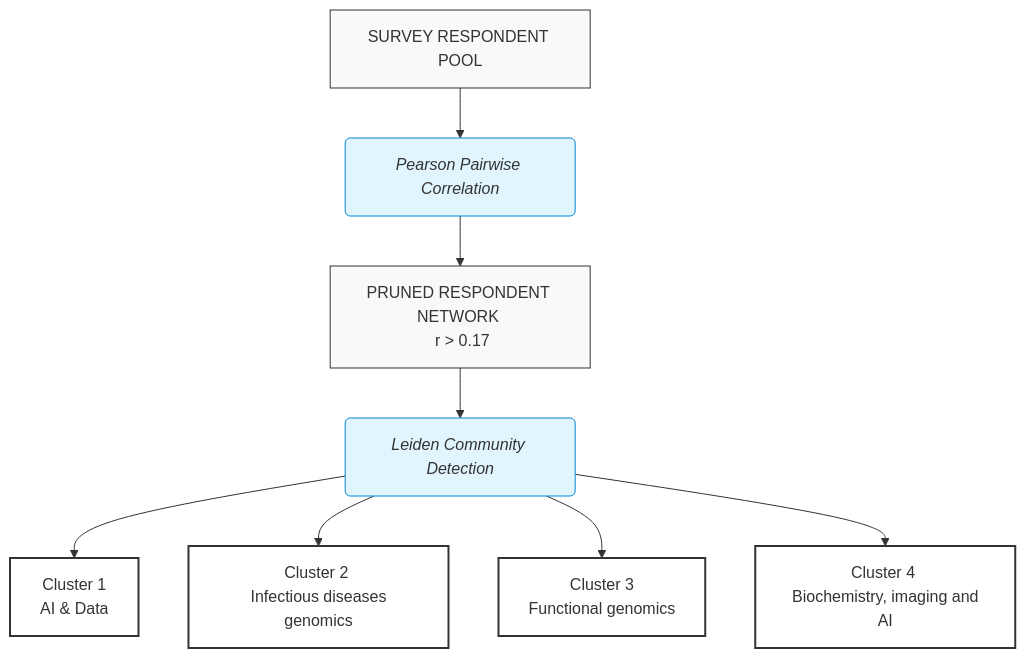
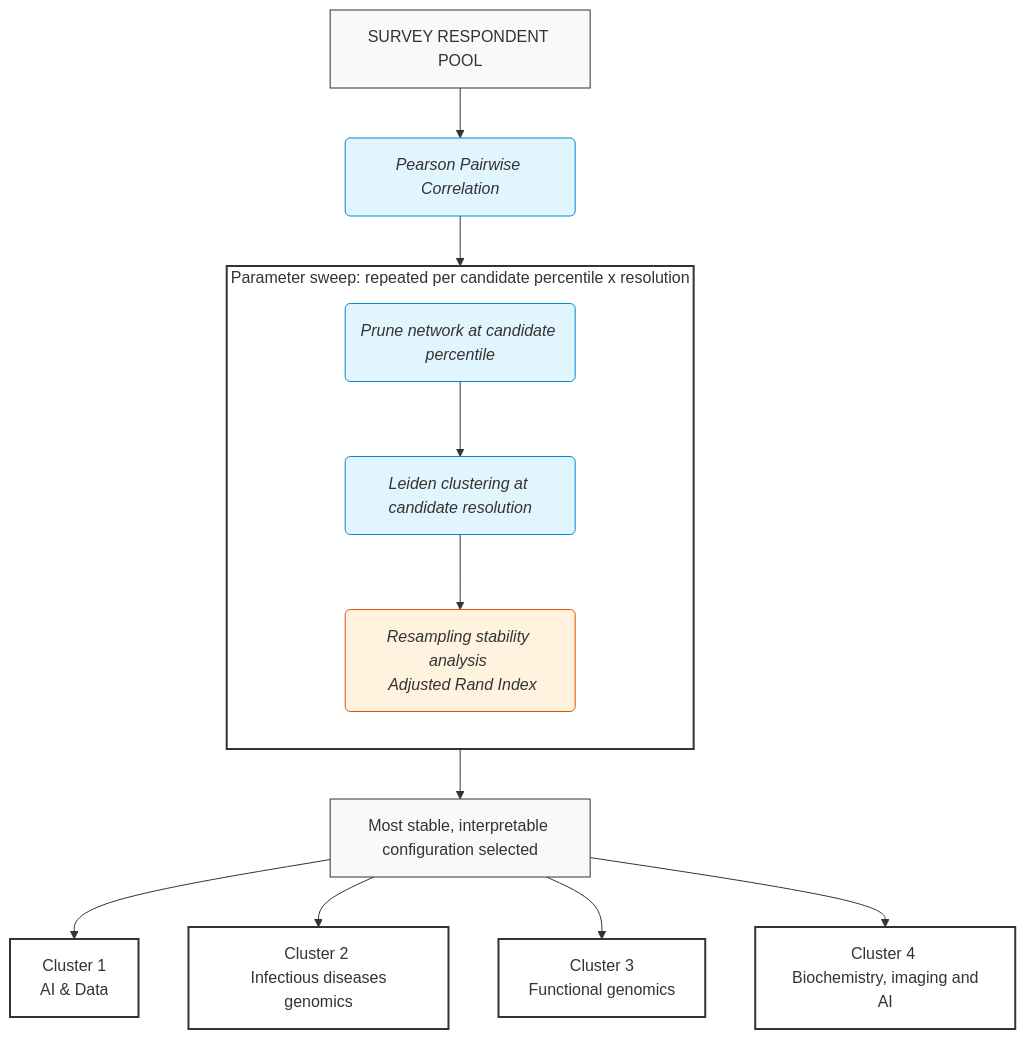
One commit to sib-swiss/analyze-training-needs-survey changed the diagram in manuscript/manuscript.qmd. Above: the diagram before and after it, drawn with Mermaid. The commit also changed other lines of this file, not shown here.

Commit message:
updates mermaid plot

````diff
--- a/manuscript/manuscript.qmd
+++ b/manuscript/manuscript.qmd
@@ -207,35 +207,45 @@
 ```{mermaid}
 %%| label: fig-cluster-workflow
-%%| fig-cap: "Graph-based clustering workflow for identifying learner profiles. Respondents are modeled as nodes in a network, with edges representing pairwise correlation of training needs. Leiden community detection is applied to identify clusters of respondents with similar training needs, which are subsequently characterized as distinct learner profiles."
+%%| fig-cap: "Graph-based clustering workflow for identifying learner profiles. Respondents are modeled as nodes in a network, with edges representing pairwise correlation of training needs. The edge-threshold percentile and resolution were identified using a parameter sweep. For each candidate combination, the network was pruned and clustered with Leiden community detection, and the resulting partition's resampling stability (Adjusted Rand Index) was evaluated. The most stable, interpretable configuration from this sweep was then used to build the final pruned network and cluster respondents into the learner profiles reported here."
 
 graph TD
     %% Define Styles
     classDef default fill:#f9f9f9,stroke:#333,stroke-width:1px;
     classDef process fill:#e1f5fe,stroke:#0288d1,stroke-width:1px,font-style:italic;
+    classDef validate fill:#fff3e0,stroke:#e65100,stroke-width:1px,font-style:italic;
     classDef cluster fill:#fff,stroke:#333,stroke-width:2px;
 
     %% Nodes
     A[SURVEY RESPONDENT POOL]
     B(Pearson Pairwise Correlation)
-    C[PRUNED RESPONDENT NETWORK <br> r > 0.17]
-    D(Leiden Community Detection)
-    
+
+    subgraph SWEEP [Parameter sweep: repeated per candidate percentile x resolution]
+        direction TB
+        P(Prune network at candidate percentile)
+        L(Leiden clustering at candidate resolution)
+        R(Resampling stability analysis <br> Adjusted Rand Index)
+        P --> L --> R
+    end
+
+    U[Most stable, interpretable configuration selected]
+
     E[Cluster 1 <br> AI & Data]
     F[Cluster 2 <br> Infectious diseases genomics]
     G[Cluster 3 <br> Functional genomics]
     H[Cluster 4 <br> Biochemistry, imaging and AI]
 
     %% Class Assignments
-    class B,D process;
+    class B,D,P,L process;
+    class R validate;
     class E,F,G,H cluster;
 
     %% Connections
     A --> B
-    B --> C
-    C --> D
-    D --> E
-    D --> F
-    D --> G
-    D --> H
+    B --> P
+    R --> U
+    U --> E
+    U --> F
+    U --> G
+    U --> H
 
 ```
````
